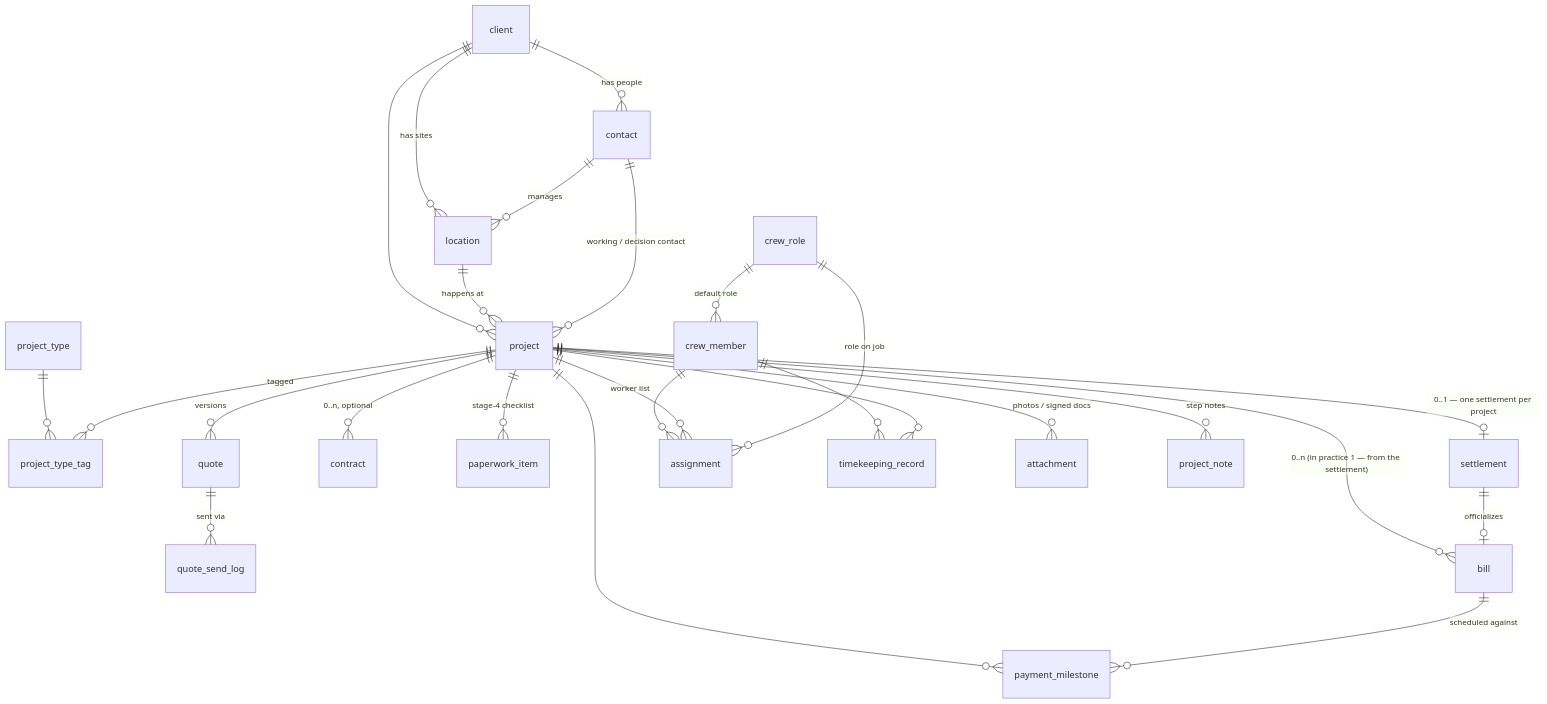
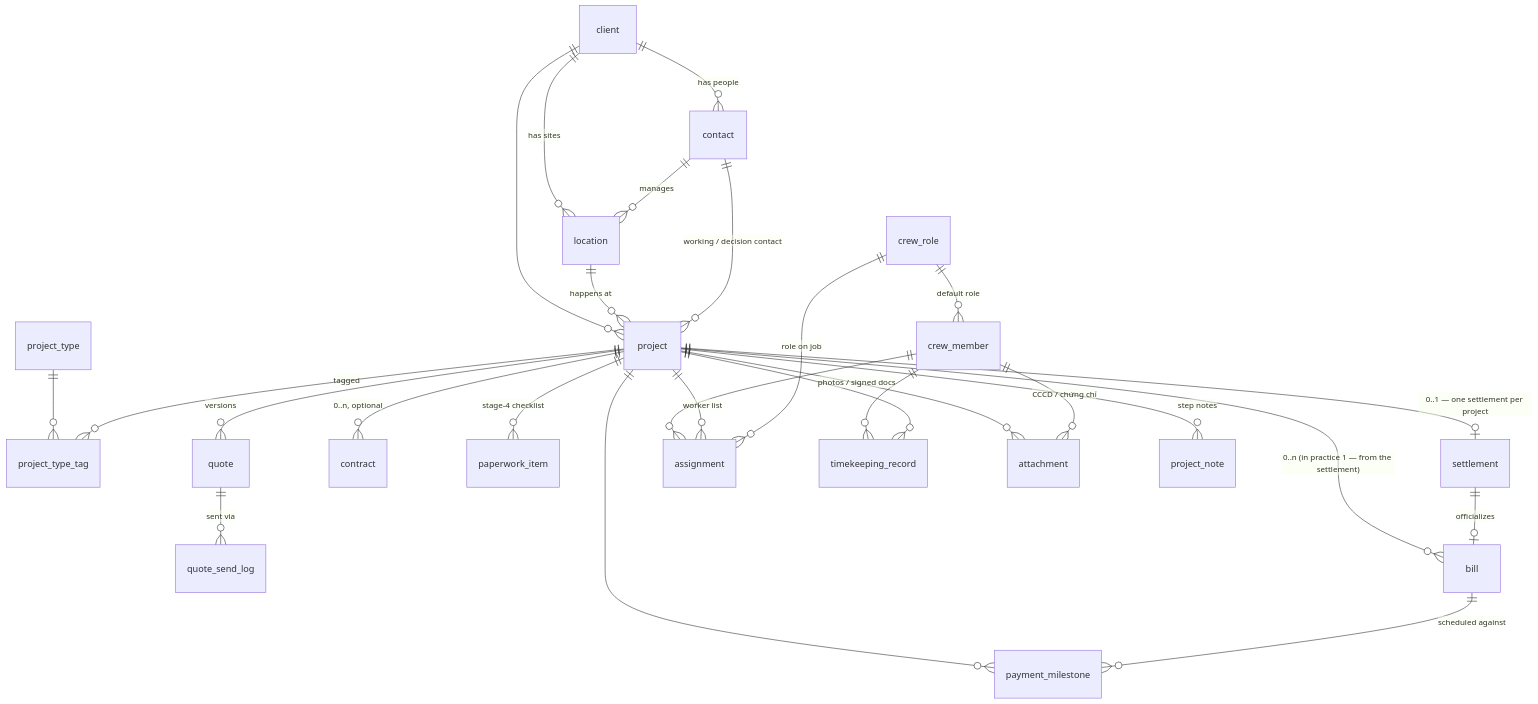
One commit to An-Y-The-Team/green-orange changed the diagram in docs/features/crm-database-schema.md. Above: the diagram before and after it, drawn with Mermaid. The commit also changed other lines of this file and 73 other files, not shown here.

````diff
--- a/docs/features/crm-database-schema.md
+++ b/docs/features/crm-database-schema.md
@@ -45,31 +45,32 @@
 ```mermaid
 erDiagram
   client ||--o{ contact : "has people"
   client ||--o{ location : "has sites"
   contact ||--o{ location : "manages"
   client ||--o{ project : ""
   location ||--o{ project : "happens at"
   contact ||--o{ project : "working / decision contact"
 
   project_type ||--o{ project_type_tag : ""
   project ||--o{ project_type_tag : "tagged"
   project ||--o{ quote : "versions"
   quote ||--o{ quote_send_log : "sent via"
   project ||--o{ contract : "0..n, optional"
   project ||--o{ paperwork_item : "stage-4 checklist"
   project ||--o| settlement : "0..1 — one settlement per project"
   project ||--o{ bill : "0..n (in practice 1 — from the settlement)"
   settlement ||--o| bill : "officializes"
   project ||--o{ payment_milestone : ""
   bill ||--o{ payment_milestone : "scheduled against"
 
   crew_role ||--o{ crew_member : "default role"
   crew_member ||--o{ assignment : ""
   project ||--o{ assignment : "worker list"
   crew_role ||--o{ assignment : "role on job"
   crew_member ||--o{ timekeeping_record : ""
   project ||--o{ timekeeping_record : ""
 
   project ||--o{ attachment : "photos / signed docs"
+  crew_member ||--o{ attachment : "CCCD / chứng chỉ"
   project ||--o{ project_note : "step notes"
 ```
````
